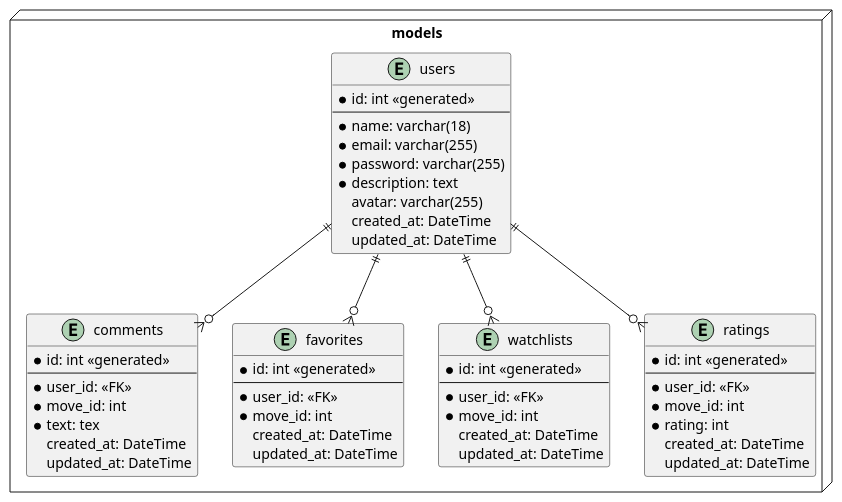
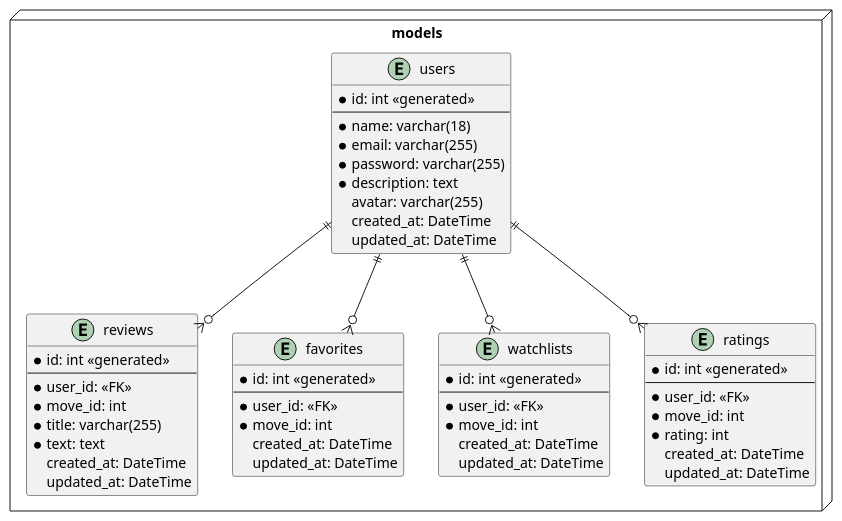
One commit to Maxiboy441/PixelPrime changed the diagram in Documentation/diagramms/erm.puml. Above: the diagram before and after it, drawn with PlantUML.

Commit message:
feat(63275986): change comment to reviews

```diff
--- a/Documentation/diagramms/erm.puml
+++ b/Documentation/diagramms/erm.puml
@@ -1,60 +1,61 @@
 @startuml
 
 package "models" <<Node>> {
     entity users {
         * id: int <<generated>>
         --
         * name: varchar(18)
         * email: varchar(255)
         * password: varchar(255)
         * description: text
         avatar: varchar(255)
         created_at: DateTime
         updated_at: DateTime
     }
 
-    entity comments {
+    entity reviews {
         * id: int <<generated>>
         --
         * user_id: <<FK>>
         * move_id: int
-        * text: tex
+        * title: varchar(255)
+        * text: text
         created_at: DateTime
         updated_at: DateTime
     }
 
     entity favorites {
         * id: int <<generated>>
         --
         * user_id: <<FK>>
         * move_id: int
         created_at: DateTime
         updated_at: DateTime
     }
 
     entity watchlists {
         * id: int <<generated>>
         --
         * user_id: <<FK>>
         * move_id: int
         created_at: DateTime
         updated_at: DateTime
     }
 
     entity ratings {
         * id: int <<generated>>
         --
         * user_id: <<FK>>
         * move_id: int
         * rating: int
         created_at: DateTime
         updated_at: DateTime
     }
 }
 
 users ||--o{ ratings
-users ||--o{ comments
+users ||--o{ reviews
 users ||--o{ favorites
 users ||--o{ watchlists
 
 @enduml
```
